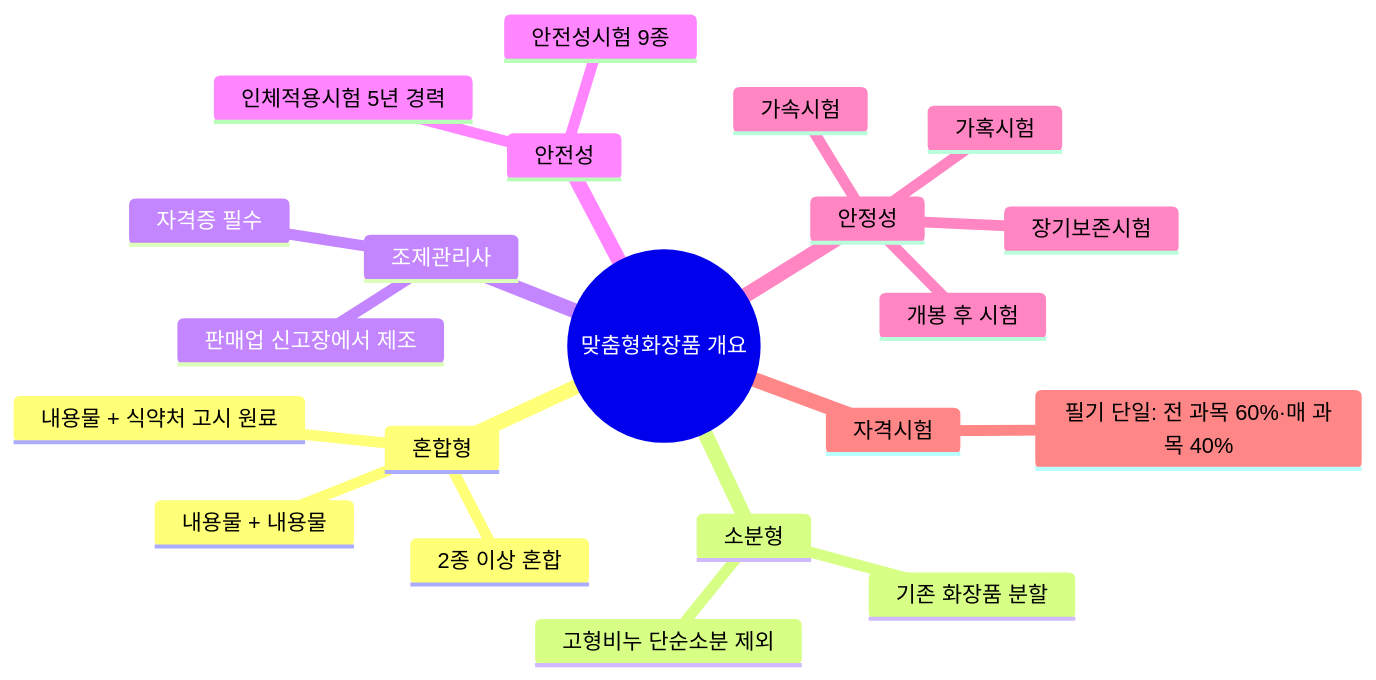
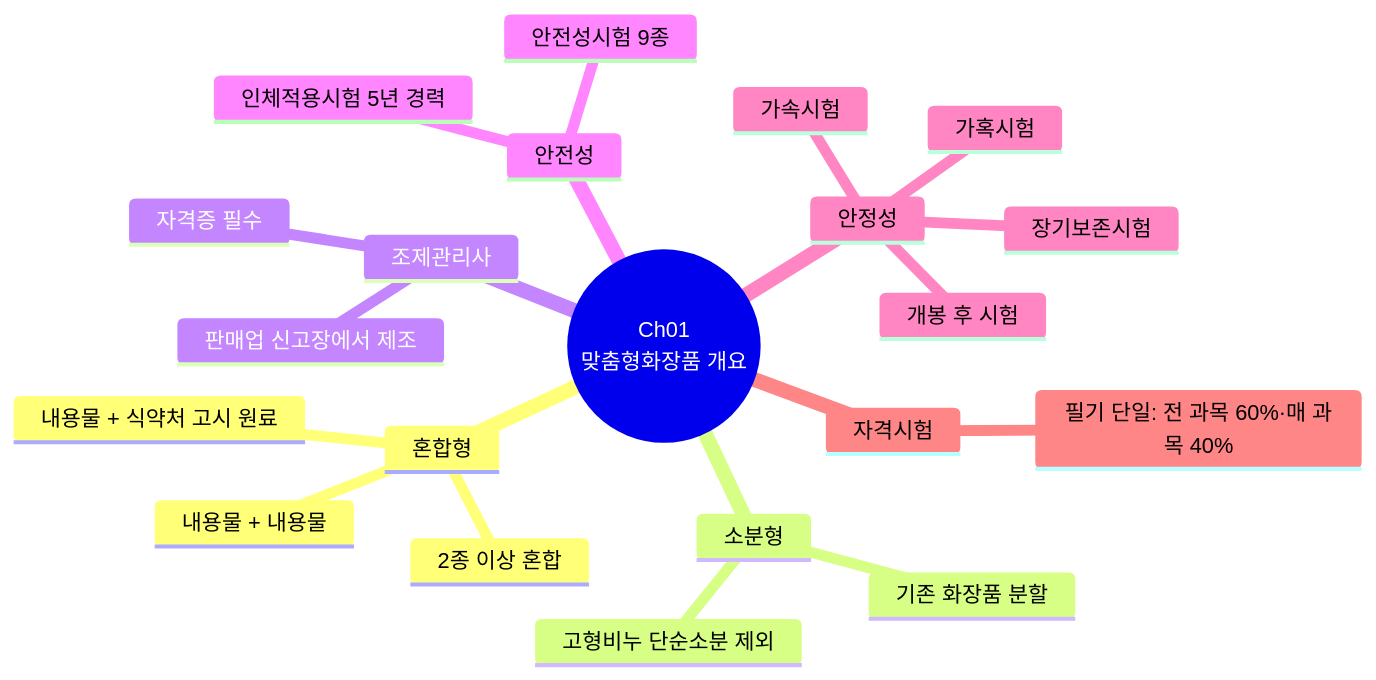
The tenth of 28 diagrams in content/교재/understanding/4과목_맞춤형화장품의이해_이야기형.md (skygoldlee-cyber/Personalized_Skincare), drawn with Mermaid before and after one commit. The commit also changed other lines of this file and 8 other files, not shown here.

````diff
--- a/content/교재/understanding/4과목_맞춤형화장품의이해_이야기형.md
+++ b/content/교재/understanding/4과목_맞춤형화장품의이해_이야기형.md
@@ -587,24 +587,24 @@
 ```mermaid
 mindmap
- root((맞춤형화장품 개요))
+ root((Ch01<br/>맞춤형화장품 개요))
   혼합형
    내용물 + 내용물
    내용물 + 식약처 고시 원료
    2종 이상 혼합
   소분형
    기존 화장품 분할
    고형비누 단순소분 제외
   조제관리사
    자격증 필수
    판매업 신고장에서 제조
   안전성
    안전성시험 9종
    인체적용시험 5년 경력
   안정성
    장기보존시험
    가속시험
    가혹시험
    개봉 후 시험
   자격시험
    필기 단일: 전 과목 60%·매 과목 40%
 ```
````
